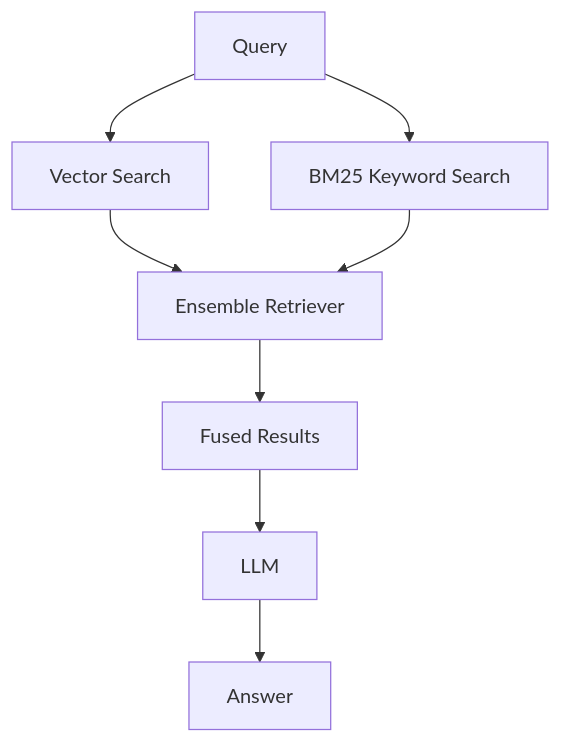
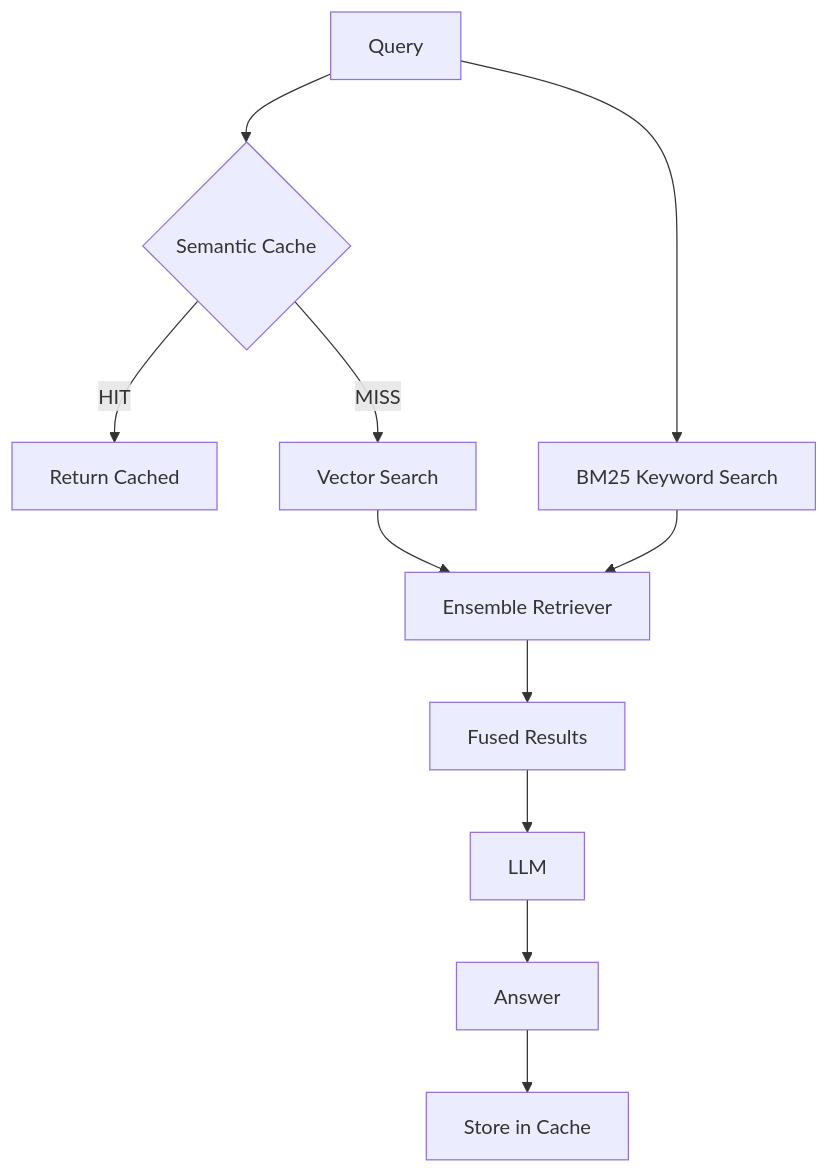
The fifth of 11 diagrams in DIAGRAMS.md (luiscanaveral/rag-architectures), drawn with Mermaid before and after one commit. The commit also changed other lines of this file and 1 other file, not shown here.

````diff
--- a/DIAGRAMS.md
+++ b/DIAGRAMS.md
@@ -57,10 +69,13 @@
 ```mermaid
 graph TD
-    A[Query] --> B[Vector Search]
-    A --> C[BM25 Keyword Search]
-    B --> D[Ensemble Retriever]
-    C --> D
-    D --> E[Fused Results]
-    E --> F[LLM]
-    F --> G[Answer]
+    A[Query] --> B{Semantic Cache}
+    B -->|HIT| C[Return Cached]
+    B -->|MISS| D[Vector Search]
+    A --> E[BM25 Keyword Search]
+    D --> F[Ensemble Retriever]
+    E --> F
+    F --> G[Fused Results]
+    G --> H[LLM]
+    H --> I[Answer]
+    I --> J[Store in Cache]
 ```
````
